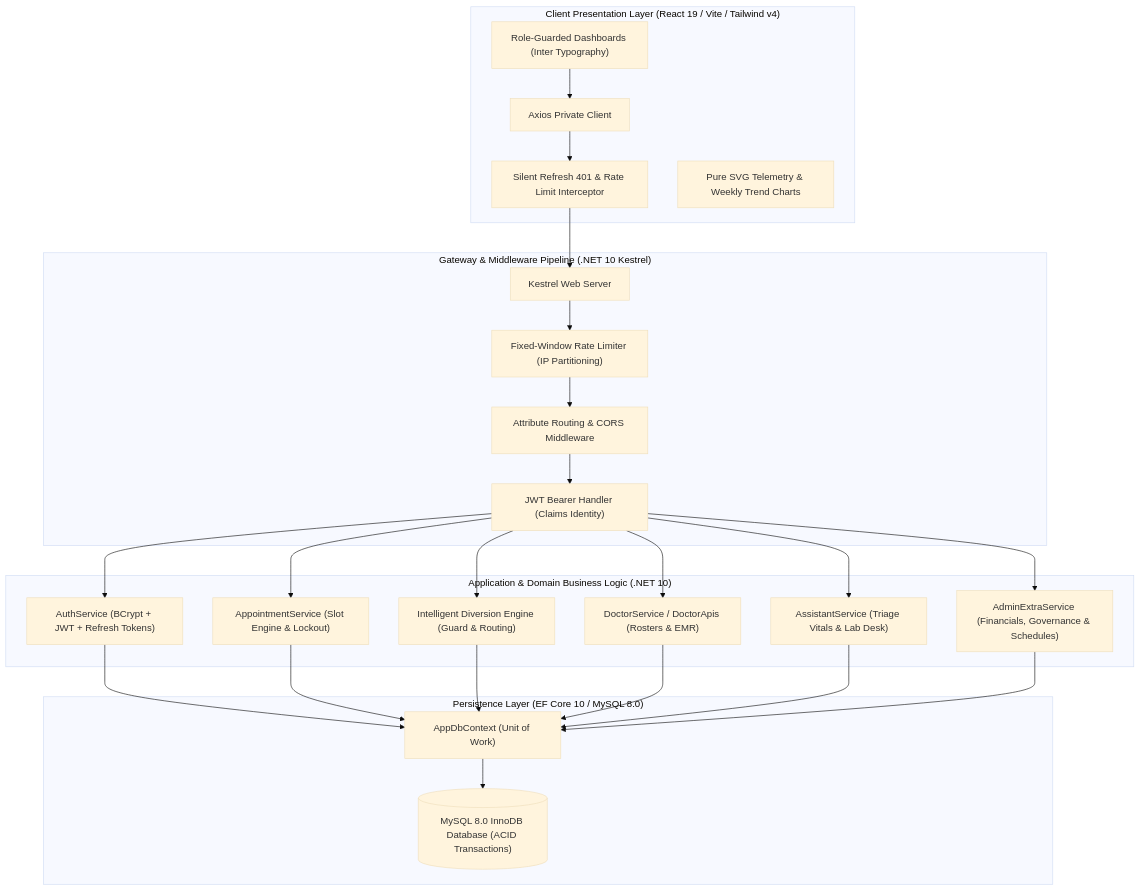
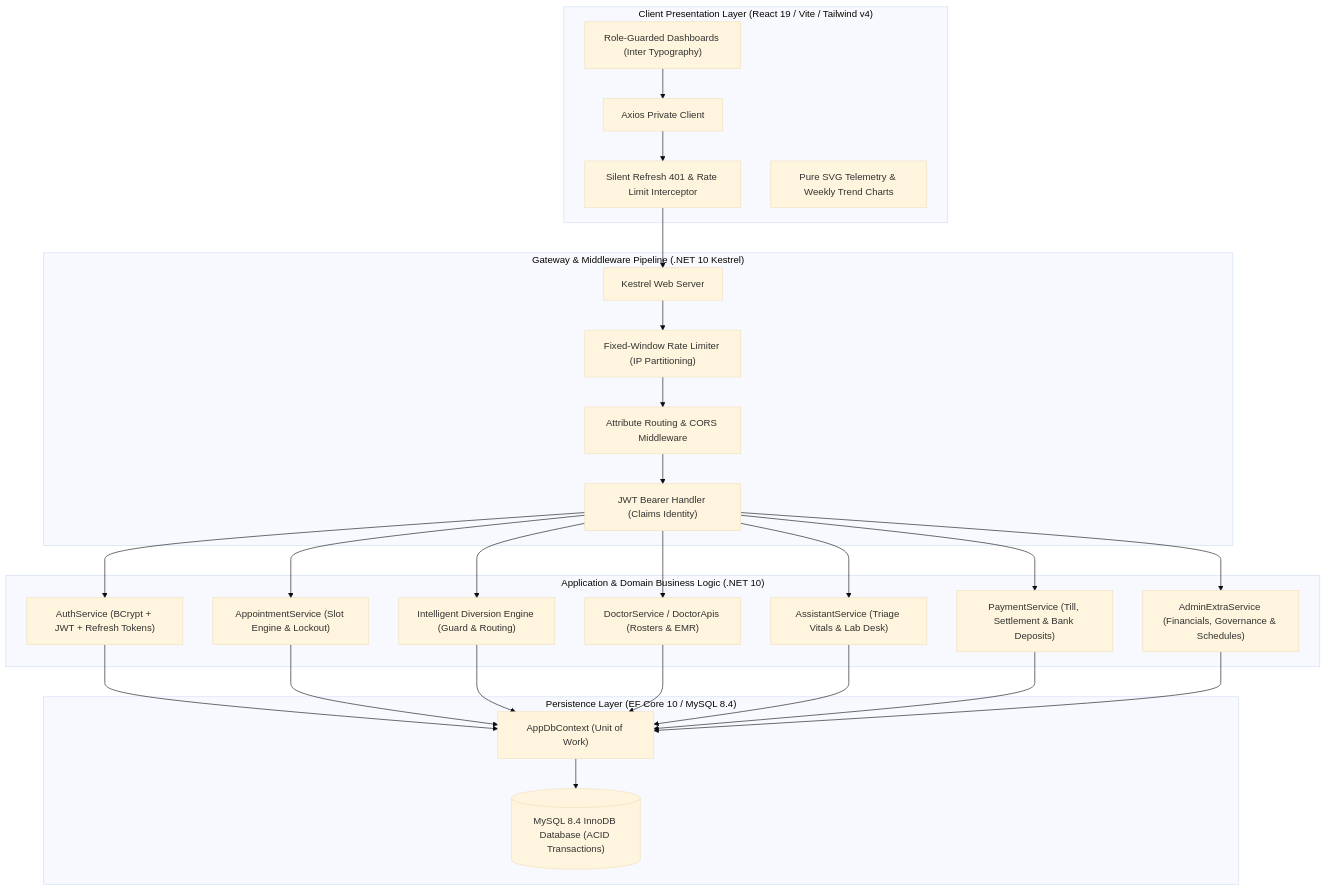
One commit to muhammadusman2228/CareFlow changed the first of 3 diagrams in README.md. Above: the diagram before and after it, drawn with Mermaid (base theme). The commit also changed other lines of this file and 1 other file, not shown here.

````diff
--- a/README.md
+++ b/README.md
@@ -52,50 +69,53 @@
 ```mermaid
 flowchart TD
     subgraph Client ["Client Presentation Layer (React 19 / Vite / Tailwind v4)"]
         UI["Role-Guarded Dashboards (Inter Typography)"]
         AXIOS["Axios Private Client"]
         INTERCEPTOR["Silent Refresh 401 & Rate Limit Interceptor"]
         SVG["Pure SVG Telemetry & Weekly Trend Charts"]
     end
 
     subgraph Gateway ["Gateway & Middleware Pipeline (.NET 10 Kestrel)"]
         KESTREL["Kestrel Web Server"]
         RATE_LIMIT["Fixed-Window Rate Limiter (IP Partitioning)"]
         ROUTING["Attribute Routing & CORS Middleware"]
         AUTH_MW["JWT Bearer Handler (Claims Identity)"]
     end
 
     subgraph Services ["Application & Domain Business Logic (.NET 10)"]
         AUTH_SVC["AuthService (BCrypt + JWT + Refresh Tokens)"]
         APPT_SVC["AppointmentService (Slot Engine & Lockout)"]
         DIVERT_ENG["Intelligent Diversion Engine (Guard & Routing)"]
         DOC_SVC["DoctorService / DoctorApis (Rosters & EMR)"]
         ASST_SVC["AssistantService (Triage Vitals & Lab Desk)"]
+        PAY_SVC["PaymentService (Till, Settlement & Bank Deposits)"]
         ADMIN_SVC["AdminExtraService (Financials, Governance & Schedules)"]
     end
 
-    subgraph Data ["Persistence Layer (EF Core 10 / MySQL 8.0)"]
+    subgraph Data ["Persistence Layer (EF Core 10 / MySQL 8.4)"]
         DBCONTEXT["AppDbContext (Unit of Work)"]
-        MYSQL[("MySQL 8.0 InnoDB Database (ACID Transactions)")]
+        MYSQL[("MySQL 8.4 InnoDB Database (ACID Transactions)")]
     end
 
     UI --> AXIOS
     AXIOS --> INTERCEPTOR
     INTERCEPTOR --> KESTREL
     KESTREL --> RATE_LIMIT
     RATE_LIMIT --> ROUTING
     ROUTING --> AUTH_MW
     AUTH_MW --> AUTH_SVC
     AUTH_MW --> APPT_SVC
     AUTH_MW --> DIVERT_ENG
     AUTH_MW --> DOC_SVC
     AUTH_MW --> ASST_SVC
+    AUTH_MW --> PAY_SVC
     AUTH_MW --> ADMIN_SVC
     AUTH_SVC --> DBCONTEXT
     APPT_SVC --> DBCONTEXT
     DIVERT_ENG --> DBCONTEXT
     DOC_SVC --> DBCONTEXT
     ASST_SVC --> DBCONTEXT
+    PAY_SVC --> DBCONTEXT
     ADMIN_SVC --> DBCONTEXT
     DBCONTEXT --> MYSQL
 ```
````
